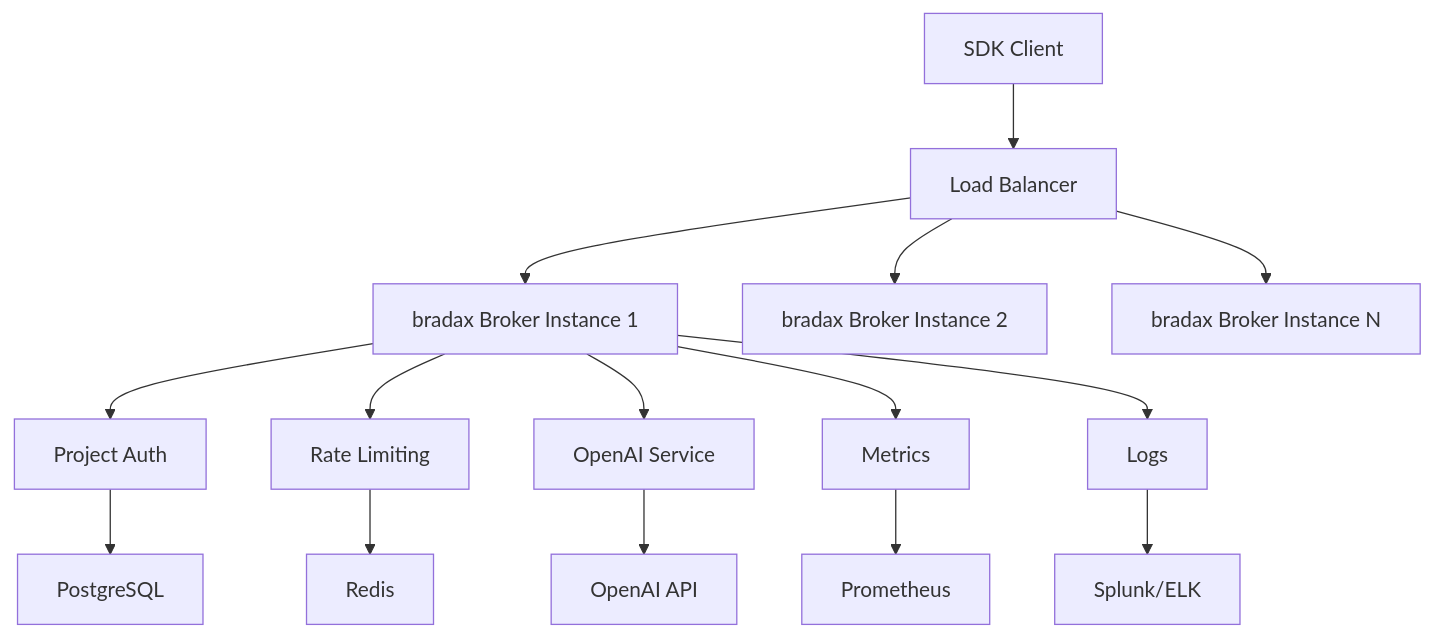
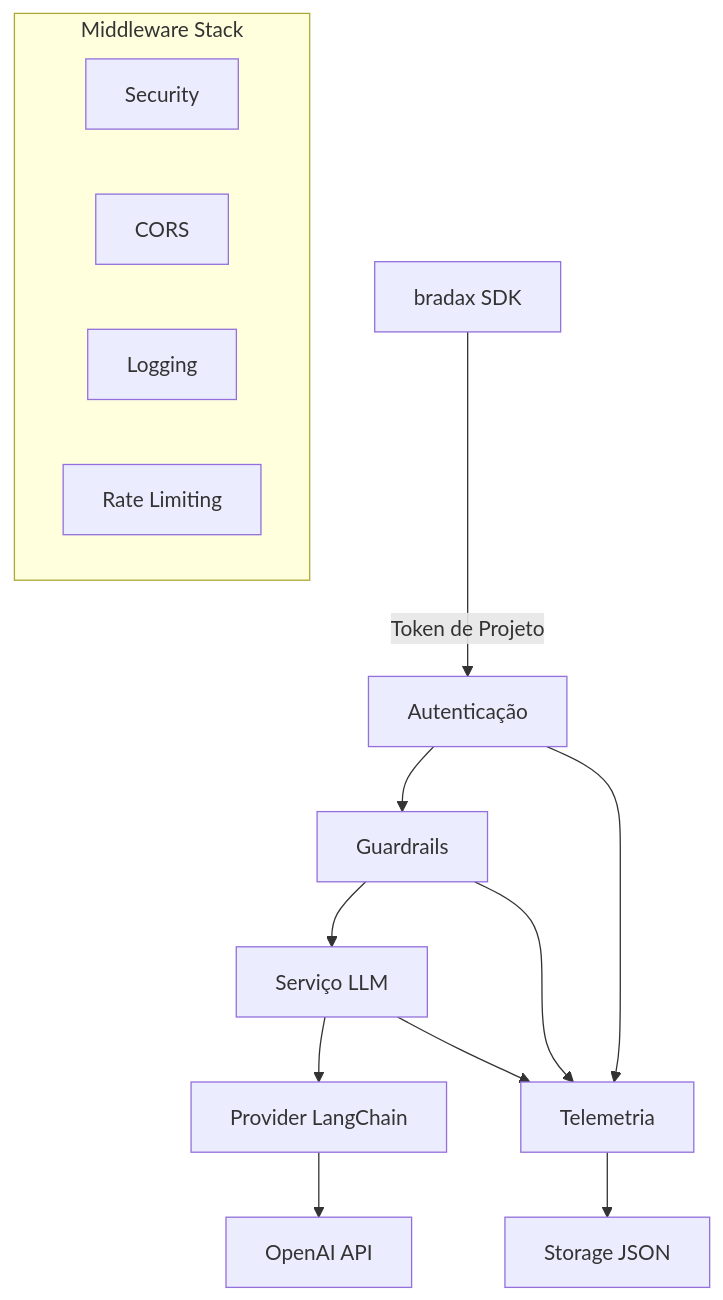
The diagram in bradax-broker/README.md (jowpereira/bradax), drawn with Mermaid before and after one commit. The commit also changed other lines of this file and 24 other files, not shown here.

First line of the commit message:
feat: implementar sistema guardrails com validação LLM e telemetria

````diff
--- a/bradax-broker/README.md
+++ b/bradax-broker/README.md
@@ -23,21 +9,20 @@
 ```mermaid
-graph TD
-    A[SDK Client] --> B[Load Balancer]
-    B --> C[bradax Broker Instance 1]
-    B --> D[bradax Broker Instance 2]
-    B --> E[bradax Broker Instance N]
+graph TB
+    SDK[bradax SDK] -->|Token de Projeto| AUTH[Autenticação]
+    AUTH --> GUARD[Guardrails]
+    GUARD --> LLM[Serviço LLM]
+    LLM --> PROVIDER[Provider LangChain]
+    PROVIDER --> OPENAI[OpenAI API]
     
-    C --> F[Project Auth]
-    C --> G[Rate Limiting]
-    C --> H[OpenAI Service]
+    AUTH --> TELEM[Telemetria]
+    GUARD --> TELEM
+    LLM --> TELEM
+    TELEM --> STORAGE[Storage JSON]
     
-    F --> I[PostgreSQL]
-    G --> J[Redis]
-    H --> K[OpenAI API]
-    
-    C --> L[Metrics]
-    L --> M[Prometheus]
-    
-    C --> N[Logs]
-    N --> O[Splunk/ELK]
+    subgraph "Middleware Stack"
+        SECURITY[Security]
+        CORS[CORS]
+        LOGGING[Logging]
+        RATE[Rate Limiting]
+    end
 ```
````
